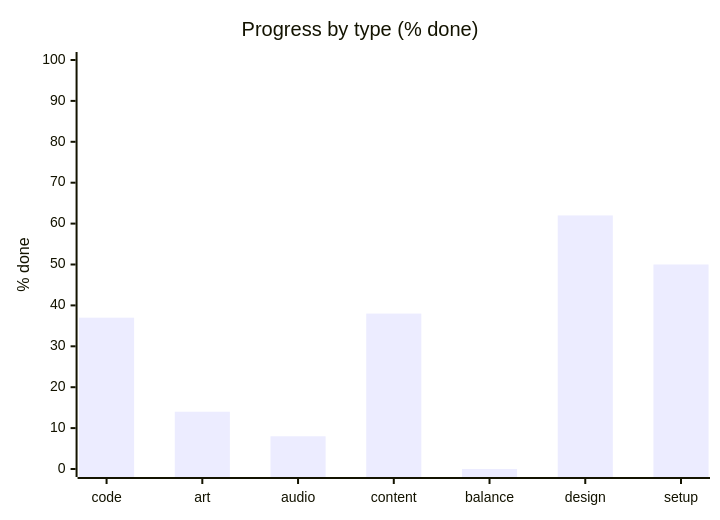
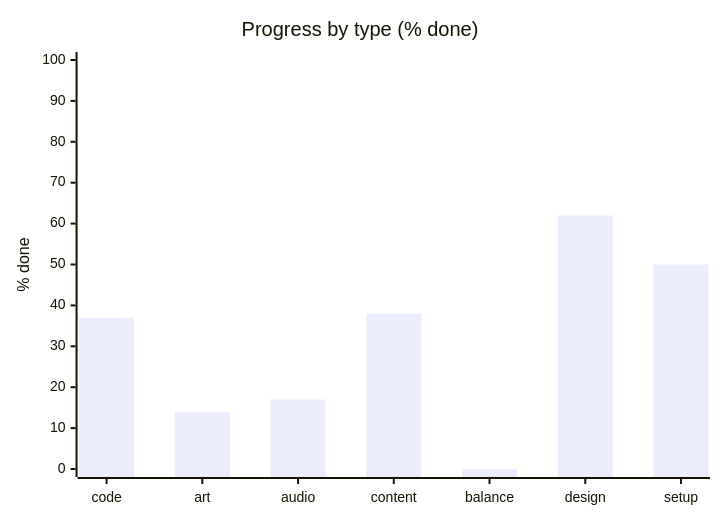
One commit to artemiiShabanov/RallyRivals changed the second of 3 diagrams in STATUS.md. Above: the diagram before and after it, drawn with Mermaid. The commit also changed other lines of this file and 35 other files, not shown here.

````diff
--- a/STATUS.md
+++ b/STATUS.md
@@ -17,7 +17,7 @@
 ```mermaid
 xychart-beta
     title "Progress by type (% done)"
     x-axis ["code", "art", "audio", "content", "balance", "design", "setup"]
     y-axis "% done" 0 --> 100
-    bar [37, 14, 8, 38, 0, 62, 50]
+    bar [37, 14, 17, 38, 0, 62, 50]
 ```
````
